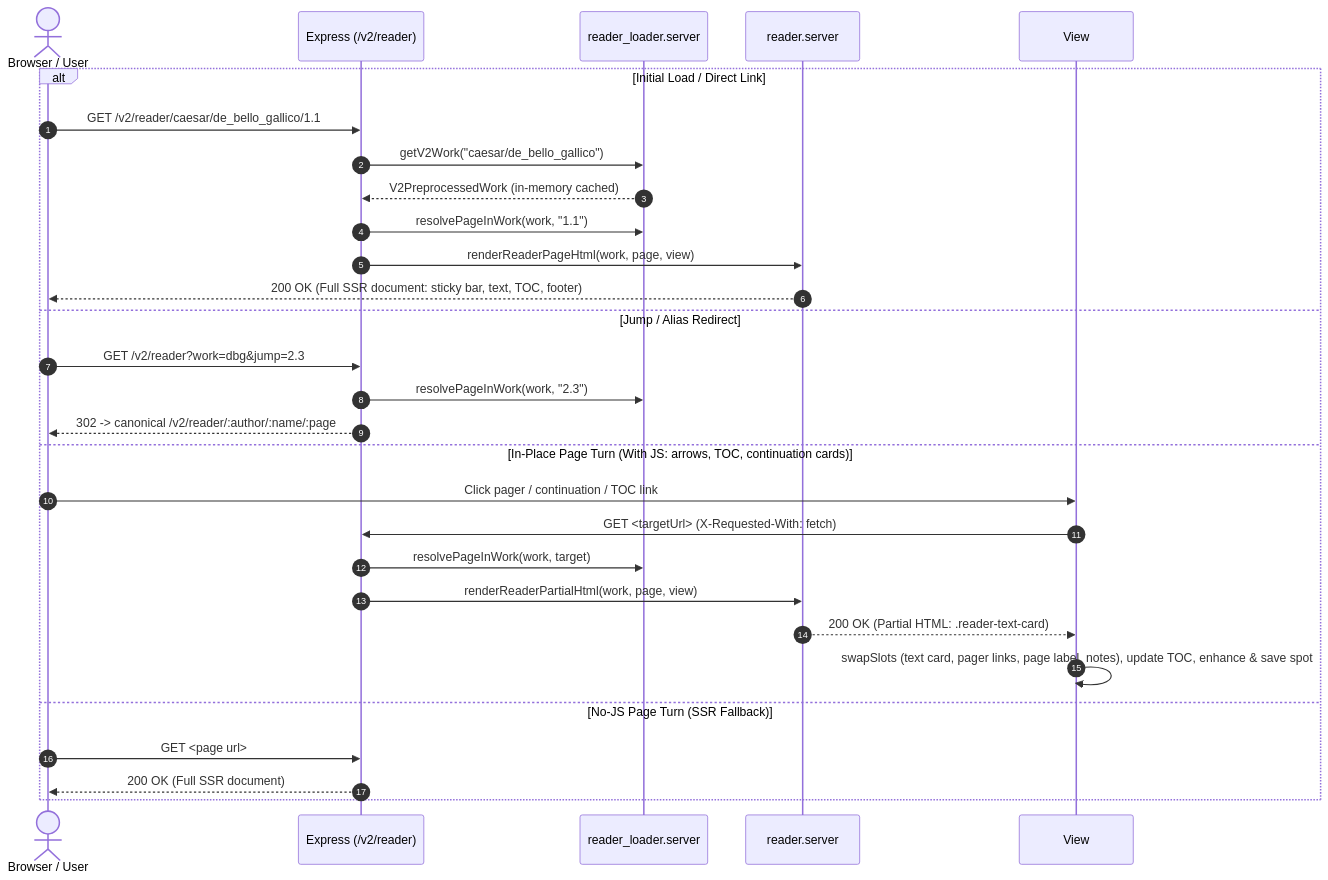
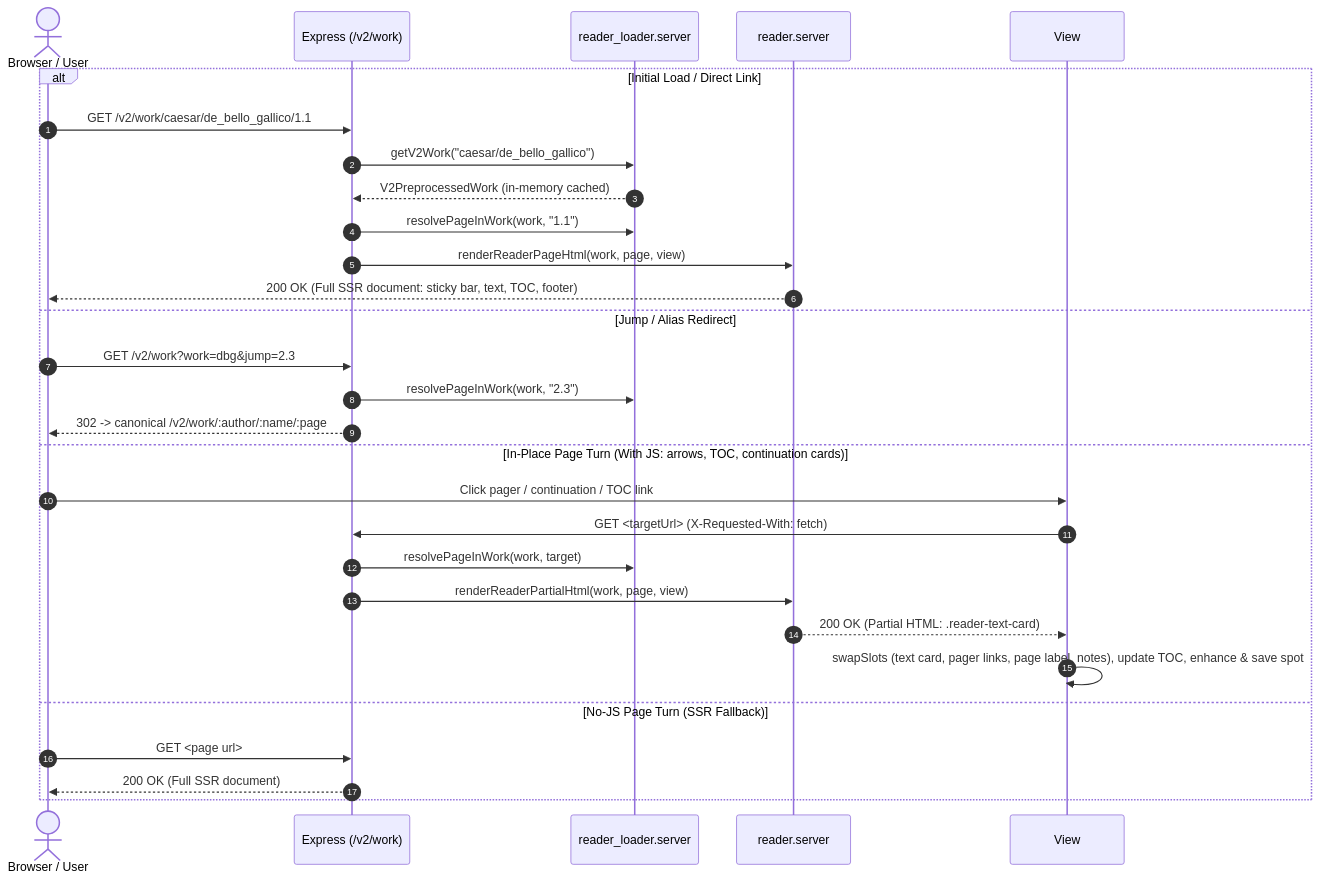
One commit to nkprasad12/morcus-net changed the diagram in src/web/v2/reader/README.md. Above: the diagram before and after it, drawn with Mermaid. The commit also changed other lines of this file and 33 other files, not shown here.

Commit message:
[v2/reader] Rename reader route prefix from /v2/reader to /v2/work

````diff
--- a/src/web/v2/reader/README.md
+++ b/src/web/v2/reader/README.md
@@ -43,31 +43,31 @@
 ```mermaid
 sequenceDiagram
     autonumber
     actor User as Browser / User
-    participant Router as Express (/v2/reader)
+    participant Router as Express (/v2/work)
     participant Loader as reader_loader.server
     participant Render as reader.server
 
     alt Initial Load / Direct Link
-        User->>Router: GET /v2/reader/caesar/de_bello_gallico/1.1
+        User->>Router: GET /v2/work/caesar/de_bello_gallico/1.1
         Router->>Loader: getV2Work("caesar/de_bello_gallico")
         Loader-->>Router: V2PreprocessedWork (in-memory cached)
         Router->>Loader: resolvePageInWork(work, "1.1")
         Router->>Render: renderReaderPageHtml(work, page, view)
         Render-->>User: 200 OK (Full SSR document: sticky bar, text, TOC, footer)
     else Jump / Alias Redirect
-        User->>Router: GET /v2/reader?work=dbg&jump=2.3
+        User->>Router: GET /v2/work?work=dbg&jump=2.3
         Router->>Loader: resolvePageInWork(work, "2.3")
-        Router-->>User: 302 -> canonical /v2/reader/:author/:name/:page
+        Router-->>User: 302 -> canonical /v2/work/:author/:name/:page
     else In-Place Page Turn (With JS: arrows, TOC, continuation cards)
         User->>View: Click pager / continuation / TOC link
         View->>Router: GET <targetUrl> (X-Requested-With: fetch)
         Router->>Loader: resolvePageInWork(work, target)
         Router->>Render: renderReaderPartialHtml(work, page, view)
         Render-->>View: 200 OK (Partial HTML: .reader-text-card)
         View->>View: swapSlots (text card, pager links, page label, notes), update TOC, enhance & save spot
     else No-JS Page Turn (SSR Fallback)
         User->>Router: GET <page url>
         Router-->>User: 200 OK (Full SSR document)
     end
 ```
````
